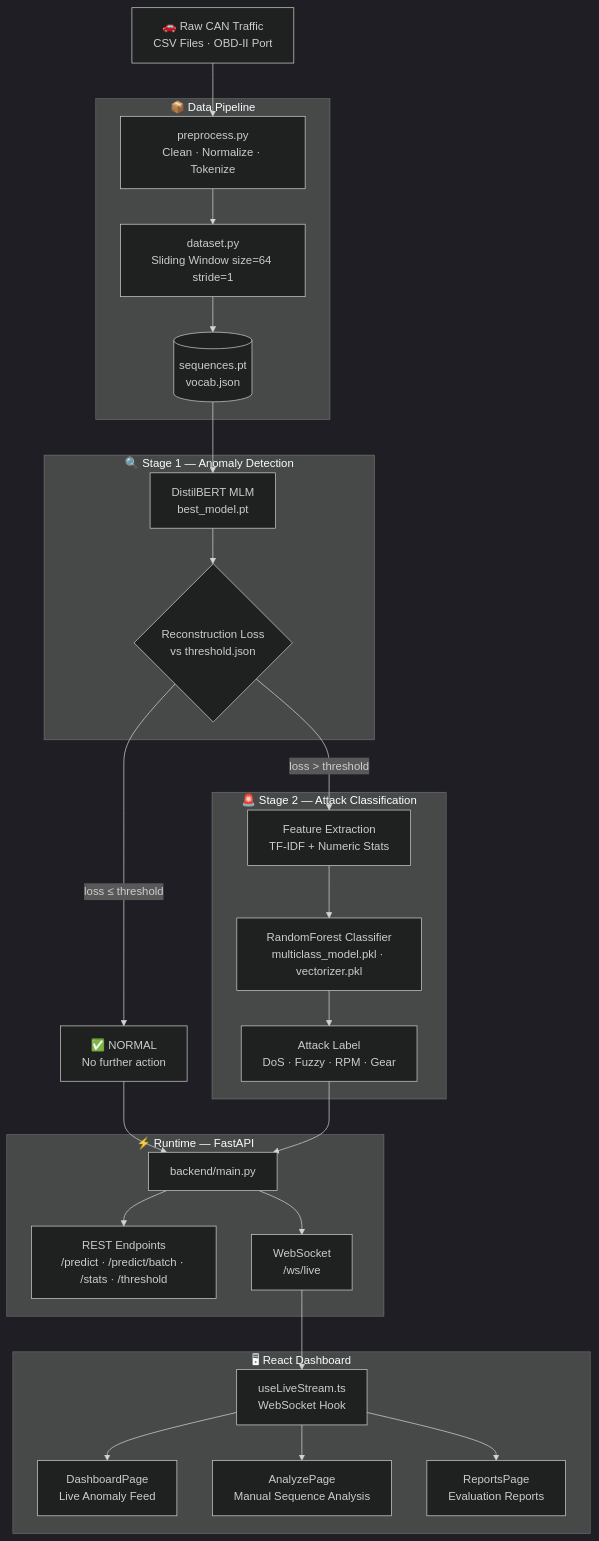
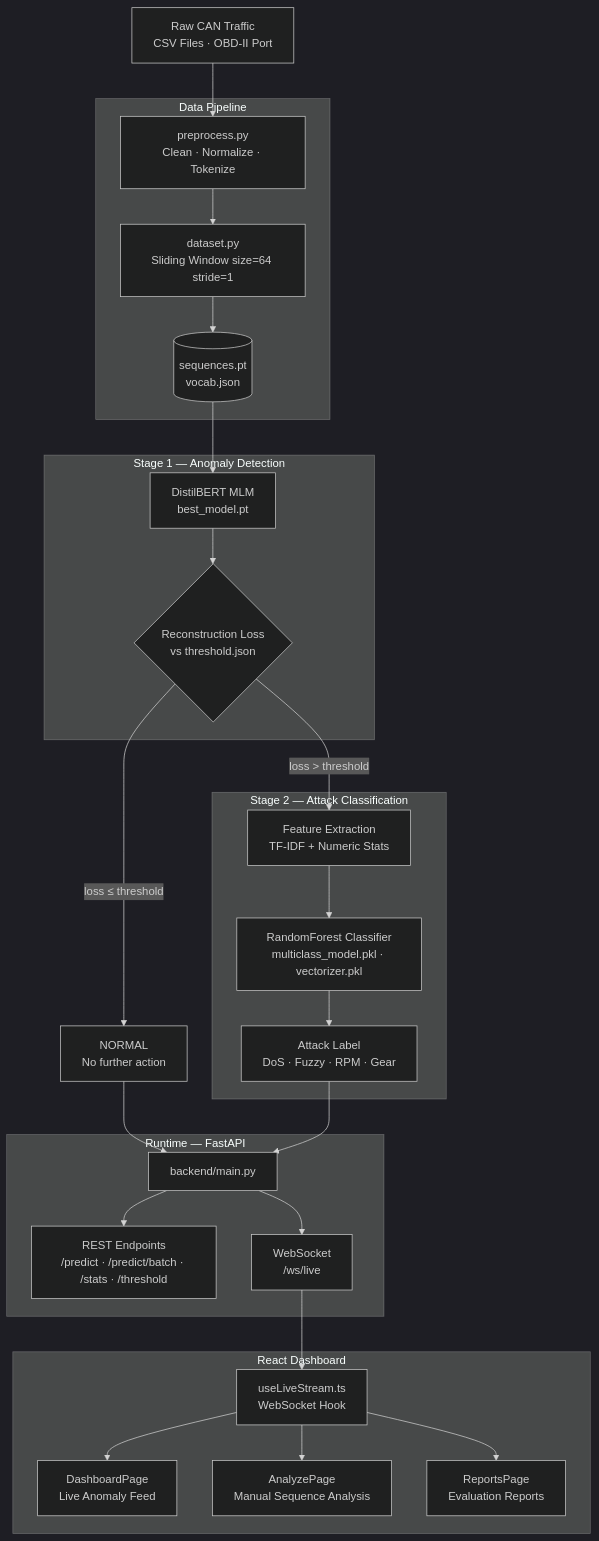
One commit to RushikeshMasalkar/can_bus_ids_project changed the diagram in README.md. Above: the diagram before and after it, drawn with Mermaid (dark theme). The commit also changed other lines of this file, not shown here.

````diff
--- a/README.md
+++ b/README.md
@@ -126,43 +126,43 @@
 ```mermaid
 flowchart TD
-    A[🚗 Raw CAN Traffic\nCSV Files · OBD-II Port] --> B
+    A[Raw CAN Traffic\nCSV Files · OBD-II Port] --> B
 
-    subgraph DATA["📦 Data Pipeline"]
+    subgraph DATA["Data Pipeline"]
         B[preprocess.py\nClean · Normalize · Tokenize]
         B --> C[dataset.py\nSliding Window size=64 stride=1]
         C --> D[(sequences.pt\nvocab.json)]
     end
 
     D --> E
 
-    subgraph STAGE1["🔍 Stage 1 — Anomaly Detection"]
+    subgraph STAGE1["Stage 1 — Anomaly Detection"]
         E[DistilBERT MLM\nbest_model.pt]
         E --> F{Reconstruction Loss\nvs threshold.json}
     end
 
-    F -- "loss ≤ threshold" --> G[✅ NORMAL\nNo further action]
+    F -- "loss ≤ threshold" --> G[NORMAL\nNo further action]
     F -- "loss > threshold" --> H
 
-    subgraph STAGE2["🚨 Stage 2 — Attack Classification"]
+    subgraph STAGE2["Stage 2 — Attack Classification"]
         H[Feature Extraction\nTF-IDF + Numeric Stats]
         H --> I[RandomForest Classifier\nmulticlass_model.pkl · vectorizer.pkl]
         I --> J[Attack Label\nDoS · Fuzzy · RPM · Gear]
     end
 
     G & J --> K
 
-    subgraph SERVING["⚡ Runtime — FastAPI"]
+    subgraph SERVING["Runtime — FastAPI"]
         K[backend/main.py]
         K --> L[REST Endpoints\n/predict · /predict/batch · /stats · /threshold]
         K --> M[WebSocket\n/ws/live]
     end
 
     M --> N
 
-    subgraph UI["🖥 React Dashboard"]
+    subgraph UI["React Dashboard"]
         N[useLiveStream.ts\nWebSocket Hook]
         N --> O[DashboardPage\nLive Anomaly Feed]
         N --> P[AnalyzePage\nManual Sequence Analysis]
         N --> Q[ReportsPage\nEvaluation Reports]
     end
 ```
````
